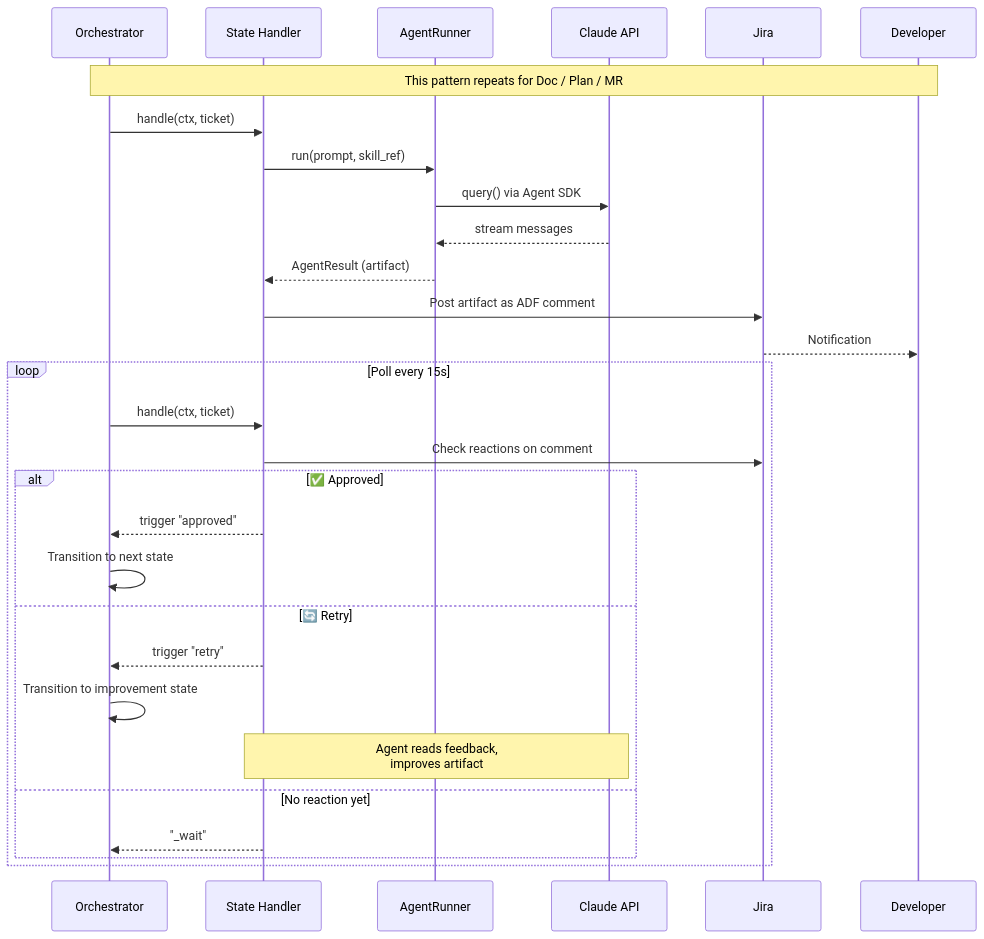
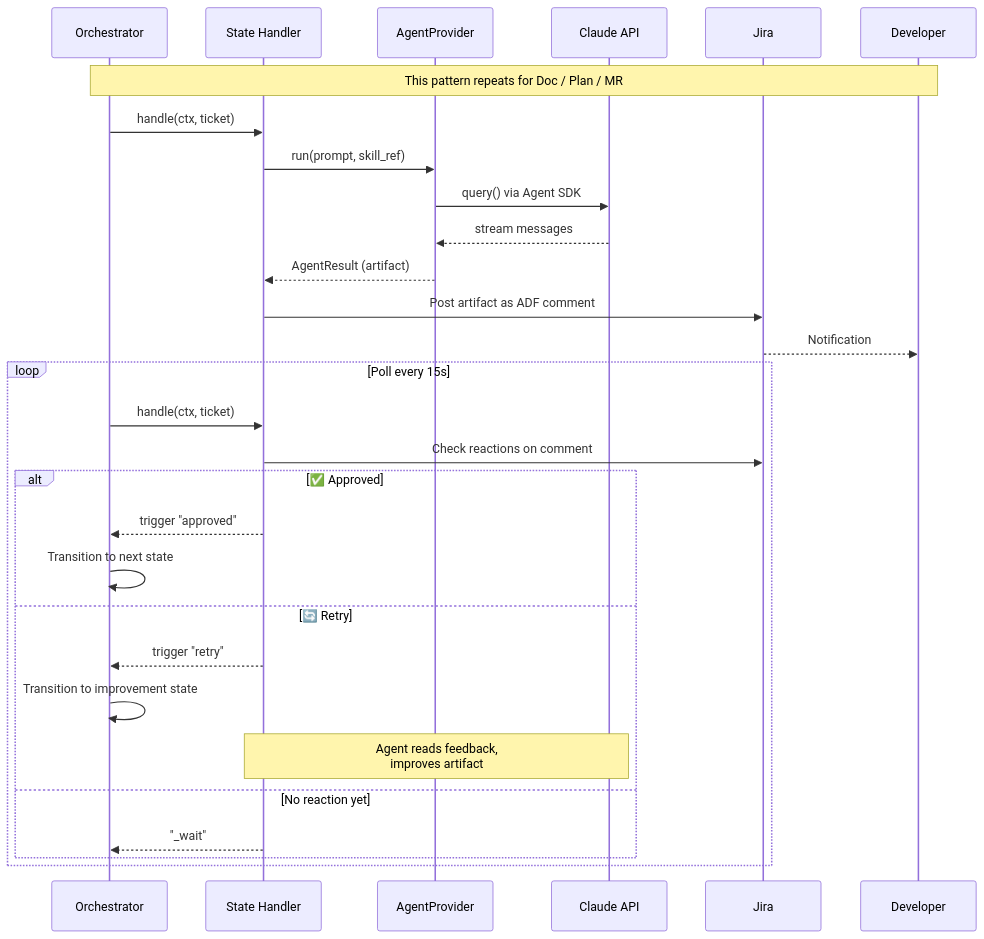
The third of 3 diagrams in docs/lifecycle-flow.md (teachmewow/task-summoner), drawn with Mermaid before and after one commit. The commit also changed other lines of this file and 10 other files, not shown here.

````diff
--- a/docs/lifecycle-flow.md
+++ b/docs/lifecycle-flow.md
@@ -143,35 +143,35 @@
 ```mermaid
 sequenceDiagram
     participant O as Orchestrator
     participant S as State Handler
-    participant A as AgentRunner
+    participant A as AgentProvider
     participant C as Claude API
     participant J as Jira
     participant D as Developer
 
     Note over O,D: This pattern repeats for Doc / Plan / MR
 
     O->>S: handle(ctx, ticket)
     S->>A: run(prompt, skill_ref)
     A->>C: query() via Agent SDK
     C-->>A: stream messages
     A-->>S: AgentResult (artifact)
 
     S->>J: Post artifact as ADF comment
     J-->>D: Notification
 
     loop Poll every 15s
         O->>S: handle(ctx, ticket)
         S->>J: Check reactions on comment
         alt ✅ Approved
             S-->>O: trigger "approved"
             O->>O: Transition to next state
         else 🔄 Retry
             S-->>O: trigger "retry"
             O->>O: Transition to improvement state
             Note over S,C: Agent reads feedback,<br/>improves artifact
         else No reaction yet
             S-->>O: "_wait"
         end
     end
 ```
````
